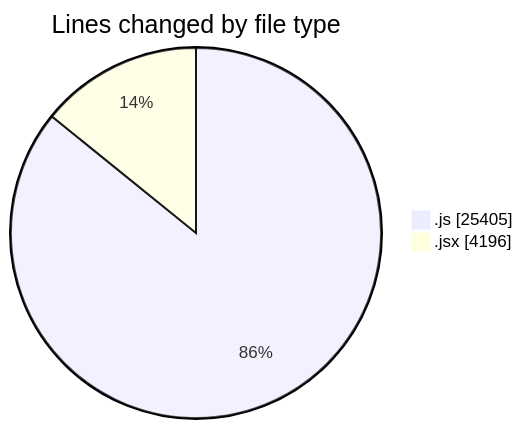
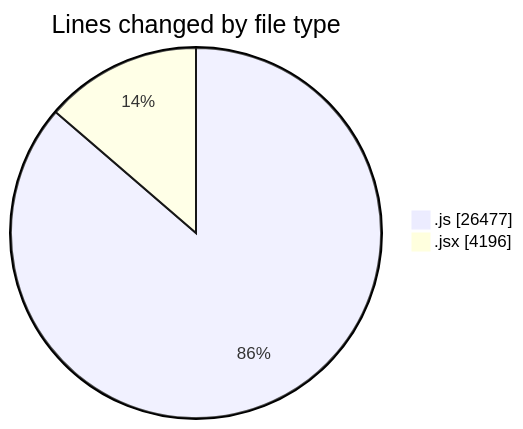
One commit to nxtqubesakshisongat/code-tracking changed the first of 2 diagrams in 2025-09-30/nxtqube_webapp/README.md. Above: the diagram before and after it, drawn with Mermaid. The commit also changed other lines of this file and 1 other file, not shown here.

````diff
--- a/2025-09-30/nxtqube_webapp/README.md
+++ b/2025-09-30/nxtqube_webapp/README.md
@@ -25,6 +25,6 @@
 ```mermaid
 pie showData
 title Lines changed by file type
-".js" : 25405
+".js" : 26477
 ".jsx" : 4196
 ```
````
